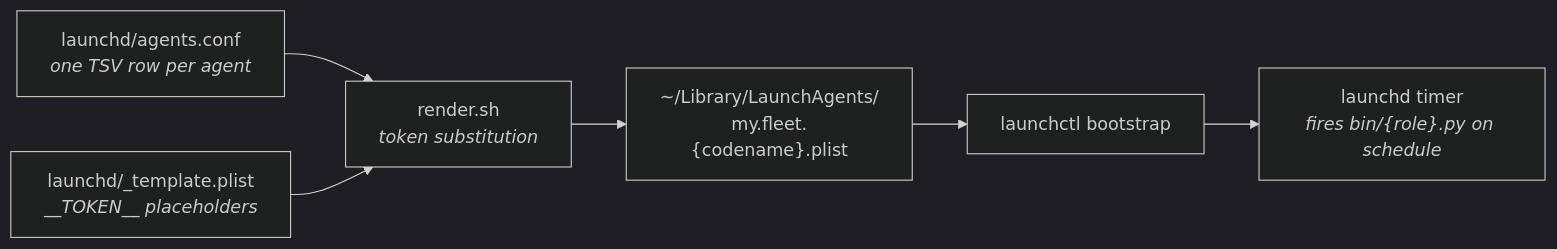
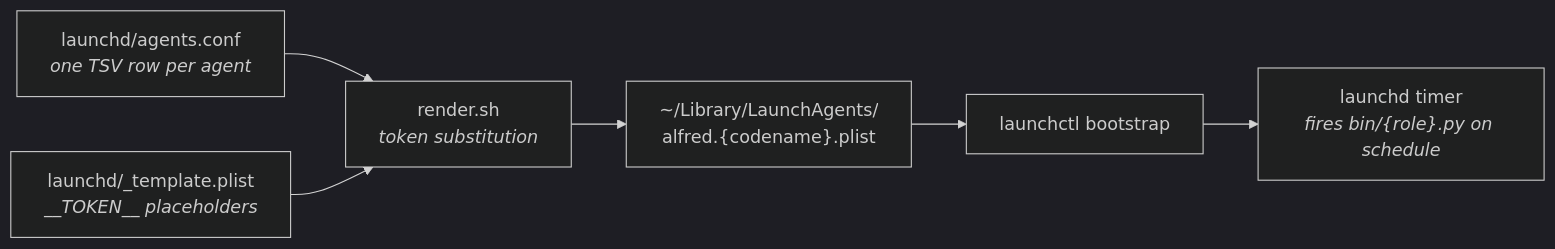
The diagram in site/src/content/docs/reference/launchd.md (luminik-io/alfred-os), drawn with Mermaid (dark theme) before and after one commit. The commit also changed other lines of this file and 21 other files, not shown here.

````diff
--- a/site/src/content/docs/reference/launchd.md
+++ b/site/src/content/docs/reference/launchd.md
@@ -20,15 +20,15 @@
 ```mermaid
 flowchart LR
     conf["launchd/agents.conf<br/><i>one TSV row per agent</i>"]
     tmpl["launchd/_template.plist<br/><i>__TOKEN__ placeholders</i>"]
     render["render.sh<br/><i>token substitution</i>"]
-    plists["~/Library/LaunchAgents/<br/>my.fleet.{codename}.plist"]
+    plists["~/Library/LaunchAgents/<br/>alfred.{codename}.plist"]
     lc["launchctl bootstrap"]
     sched["launchd timer<br/><i>fires bin/{role}.py on schedule</i>"]
 
     conf --> render
     tmpl --> render
     render --> plists
     plists --> lc
     lc --> sched
 ```
````
